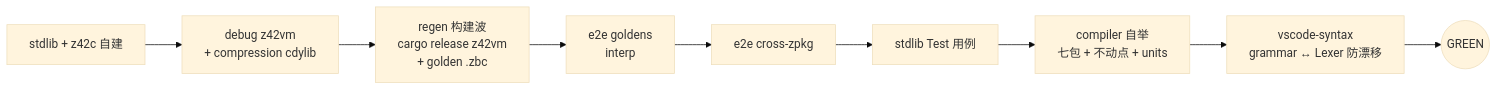
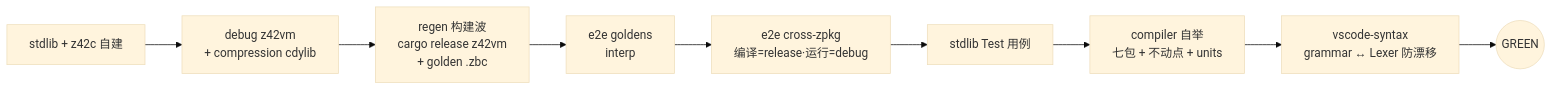
One commit to z42-lang/z42 changed the diagram in docs/book/src/dev/test-gate.md. Above: the diagram before and after it, drawn with Mermaid (base theme). The commit also changed other lines of this file and 4 other files, not shown here.

Commit message:
perf(toolchain): cross-zpkg fixture 编译改用 release VM，消灭 test-host pole (#324)

````diff
--- a/docs/book/src/dev/test-gate.md
+++ b/docs/book/src/dev/test-gate.md
@@ -40,11 +40,11 @@
 ```mermaid
 graph LR
     B[stdlib + z42c 自建] --> D[debug z42vm<br/>+ compression cdylib]
     D --> R[regen 构建波<br/>cargo release z42vm<br/>+ golden .zbc]
     R --> S1[e2e goldens<br/>interp]
-    S1 --> S2[e2e cross-zpkg]
+    S1 --> S2[e2e cross-zpkg<br/>编译=release·运行=debug]
     S2 --> S3[stdlib Test 用例]
     S3 --> S4[compiler 自举<br/>七包 + 不动点 + units]
     S4 --> S5[vscode-syntax<br/>grammar ↔ Lexer 防漂移]
     S5 --> G((GREEN))
 ```
````
